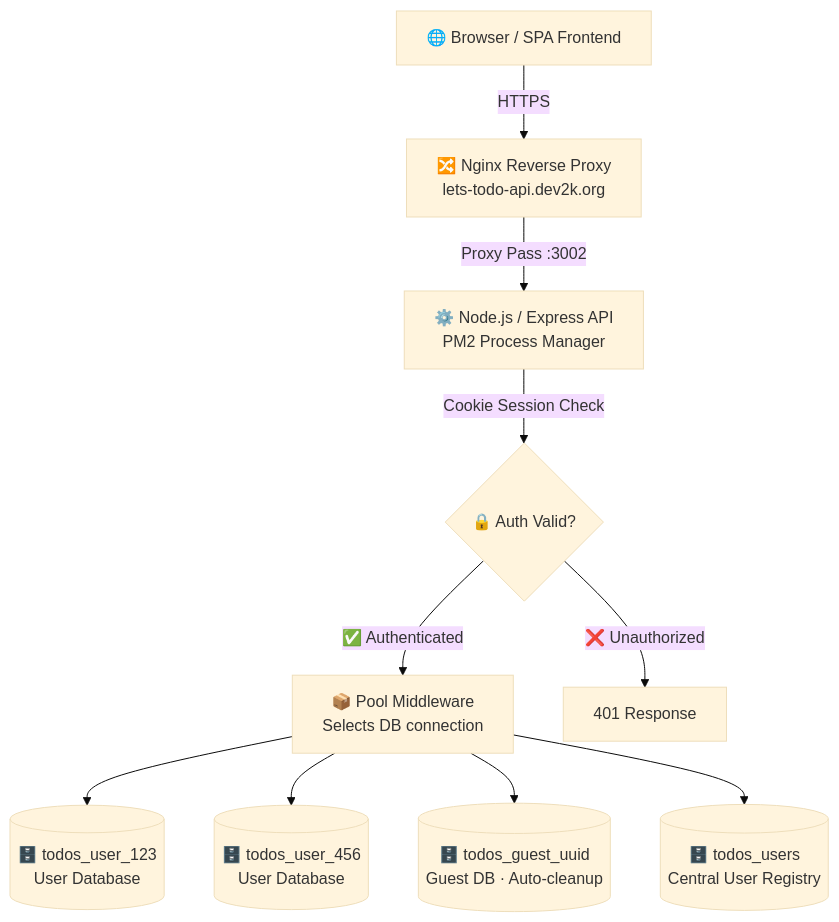
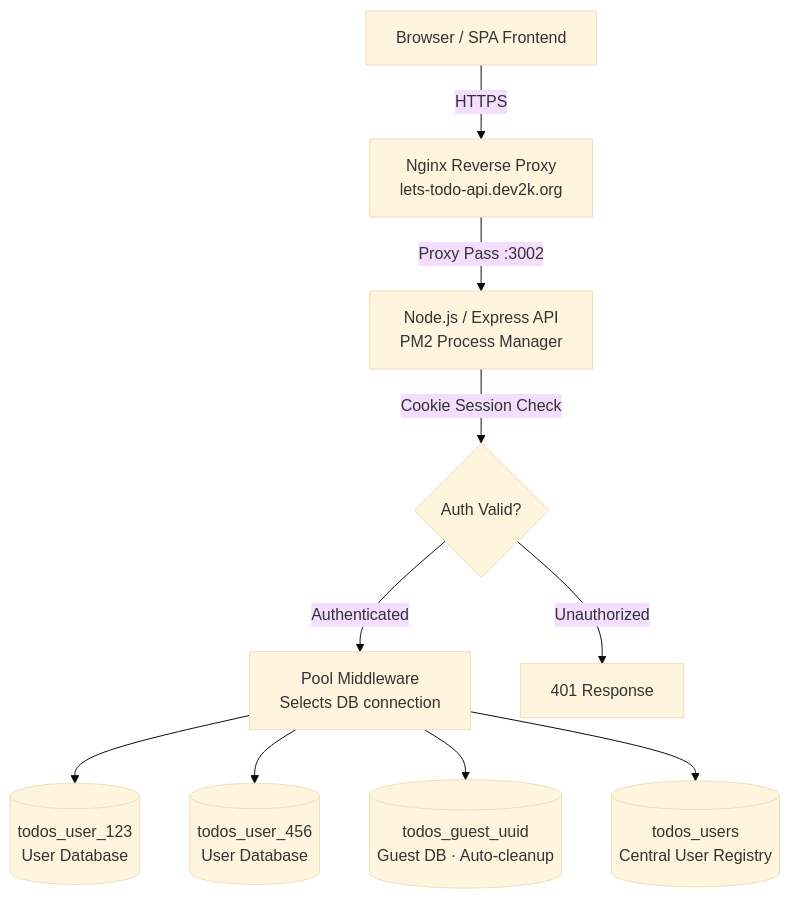
The diagram in backend/README.md (KosMaster87/Lets-Todo), drawn with Mermaid (base theme) before and after one commit. The commit also changed other lines of this file and 65 other files, not shown here.

````diff
--- a/backend/README.md
+++ b/backend/README.md
@@ -89,12 +89,12 @@
 ```mermaid
 graph TD
-    A["🌐 Browser / SPA Frontend"] -->|HTTPS| B["🔀 Nginx Reverse Proxy\nlets-todo-api.dev2k.org"]
-    B -->|Proxy Pass :3002| C["⚙️ Node.js / Express API\nPM2 Process Manager"]
-    C -->|Cookie Session Check| D{"🔒 Auth Valid?"}
-    D -->|✅ Authenticated| E["📦 Pool Middleware\nSelects DB connection"]
-    D -->|❌ Unauthorized| F["401 Response"]
-    E --> G[("🗄️ todos_user_123\nUser Database")]
-    E --> H[("🗄️ todos_user_456\nUser Database")]
-    E --> I[("🗄️ todos_guest_uuid\nGuest DB · Auto-cleanup")]
-    E --> J[("🗄️ todos_users\nCentral User Registry")]
+    A["Browser / SPA Frontend"] -->|HTTPS| B["Nginx Reverse Proxy\nlets-todo-api.dev2k.org"]
+    B -->|Proxy Pass :3002| C["Node.js / Express API\nPM2 Process Manager"]
+    C -->|Cookie Session Check| D{"Auth Valid?"}
+    D -->|Authenticated| E["Pool Middleware\nSelects DB connection"]
+    D -->|Unauthorized| F["401 Response"]
+    E --> G[("todos_user_123\nUser Database")]
+    E --> H[("todos_user_456\nUser Database")]
+    E --> I[("todos_guest_uuid\nGuest DB · Auto-cleanup")]
+    E --> J[("todos_users\nCentral User Registry")]
 ```
````
